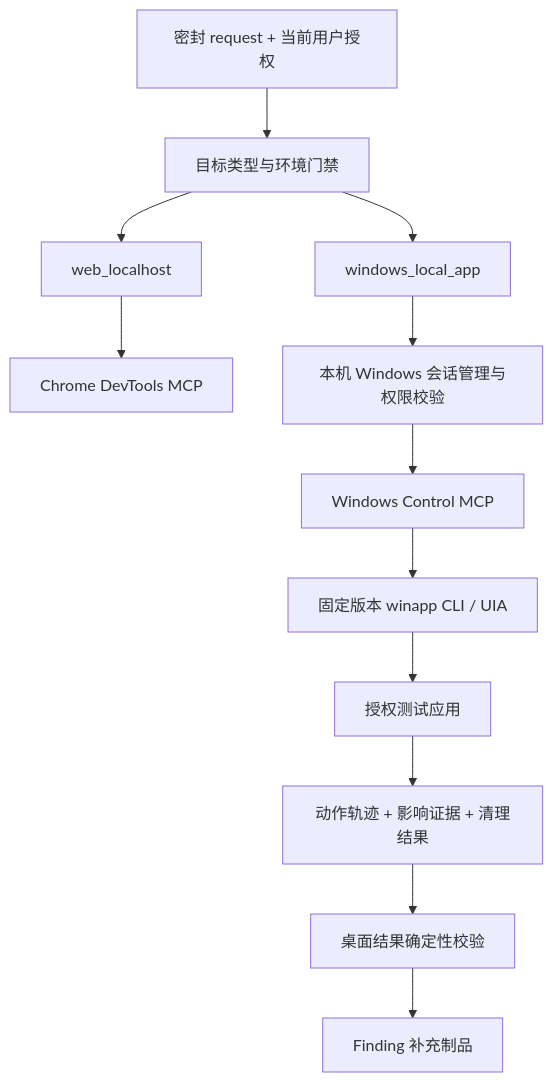
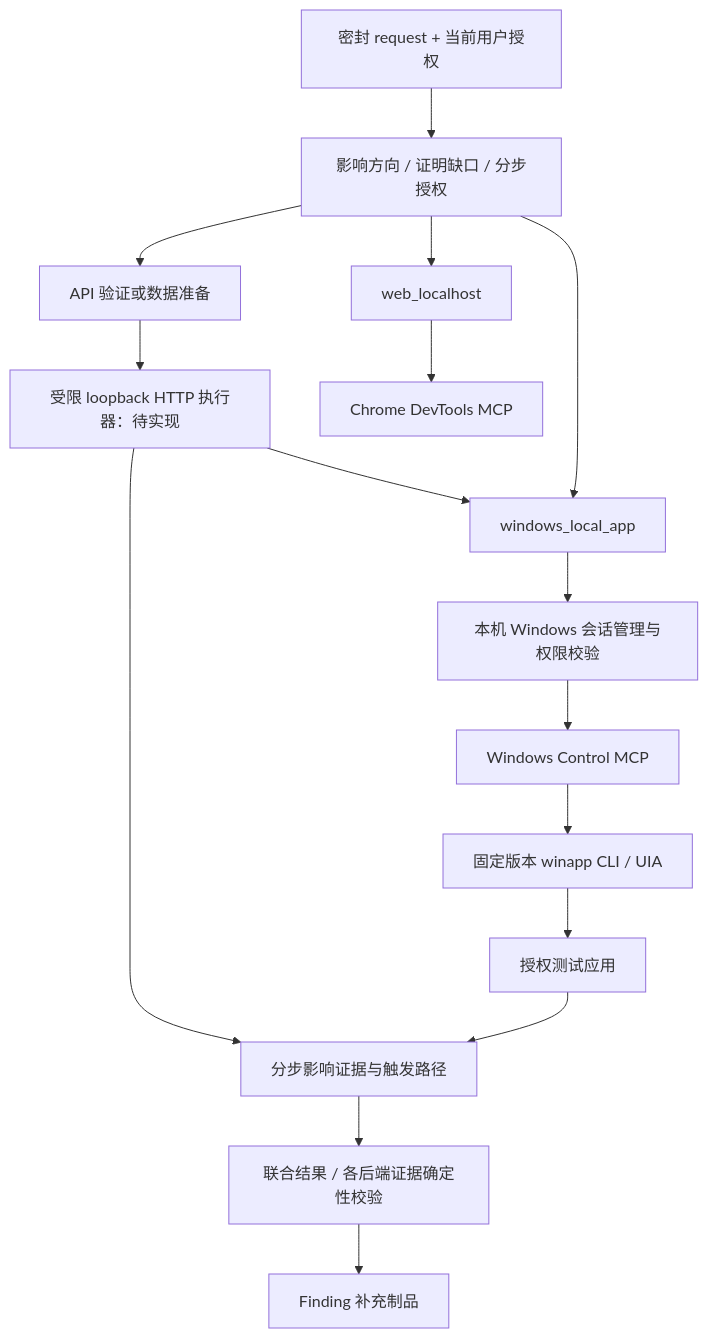
One commit to ST4RF4LL/opencode_multi_agents changed the diagram in docs/windows-dynamic-validation-agent-design.md. Above: the diagram before and after it, drawn with Mermaid. The commit also changed other lines of this file and 67 other files, not shown here.

````diff
--- a/docs/windows-dynamic-validation-agent-design.md
+++ b/docs/windows-dynamic-validation-agent-design.md
@@ -31,14 +35,18 @@
 ```mermaid
 flowchart TD
-  R[密封 request + 当前用户授权] --> G[目标类型与环境门禁]
+  R[密封 request + 当前用户授权] --> G[影响方向 / 证明缺口 / 分步授权]
+  G --> H[API 验证或数据准备]
+  H --> HTTP[受限 loopback HTTP 执行器：待实现]
+  HTTP --> D[windows_local_app]
+  HTTP --> E[分步影响证据与触发路径]
   G --> W[web_localhost]
-  G --> D[windows_local_app]
+  G --> D
   W --> C[Chrome DevTools MCP]
   D --> B[本机 Windows 会话管理与权限校验]
   B --> M[Windows Control MCP]
   M --> U[固定版本 winapp CLI / UIA]
   U --> A[授权测试应用]
-  A --> E[动作轨迹 + 影响证据 + 清理结果]
-  E --> V[桌面结果确定性校验]
+  A --> E
+  E --> V[联合结果 / 各后端证据确定性校验]
   V --> S[Finding 补充制品]
 ```
````
